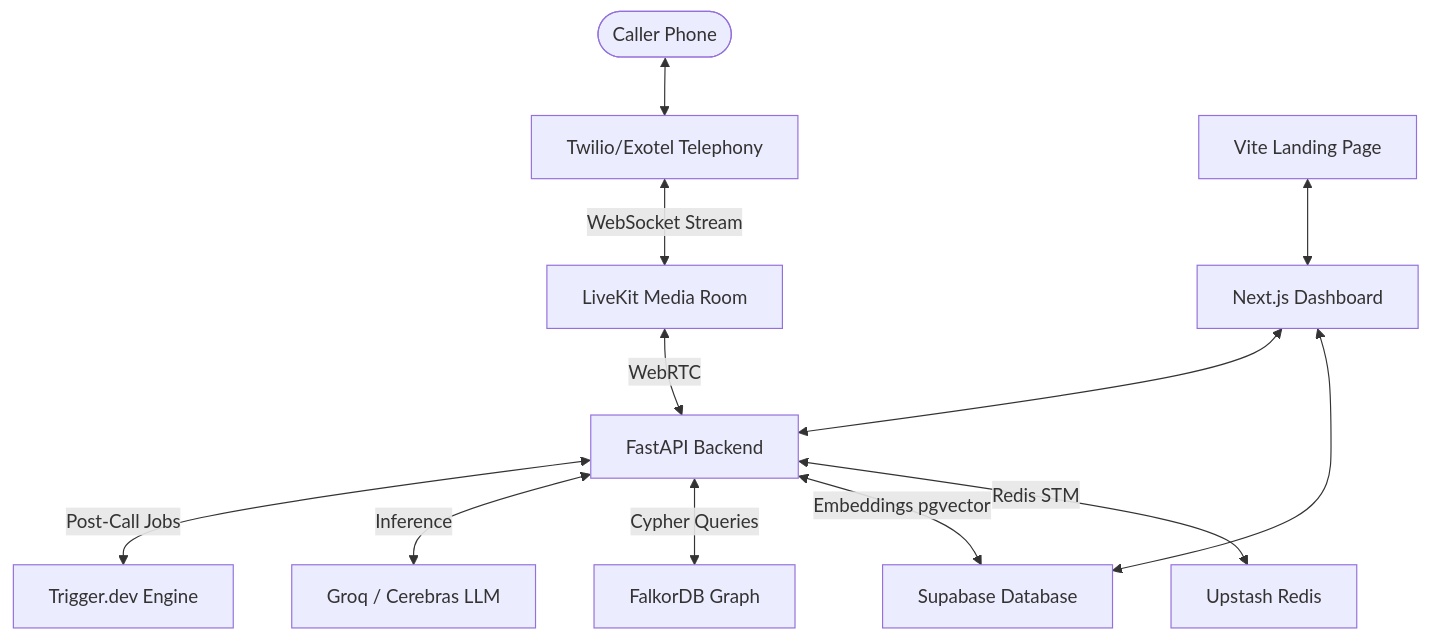
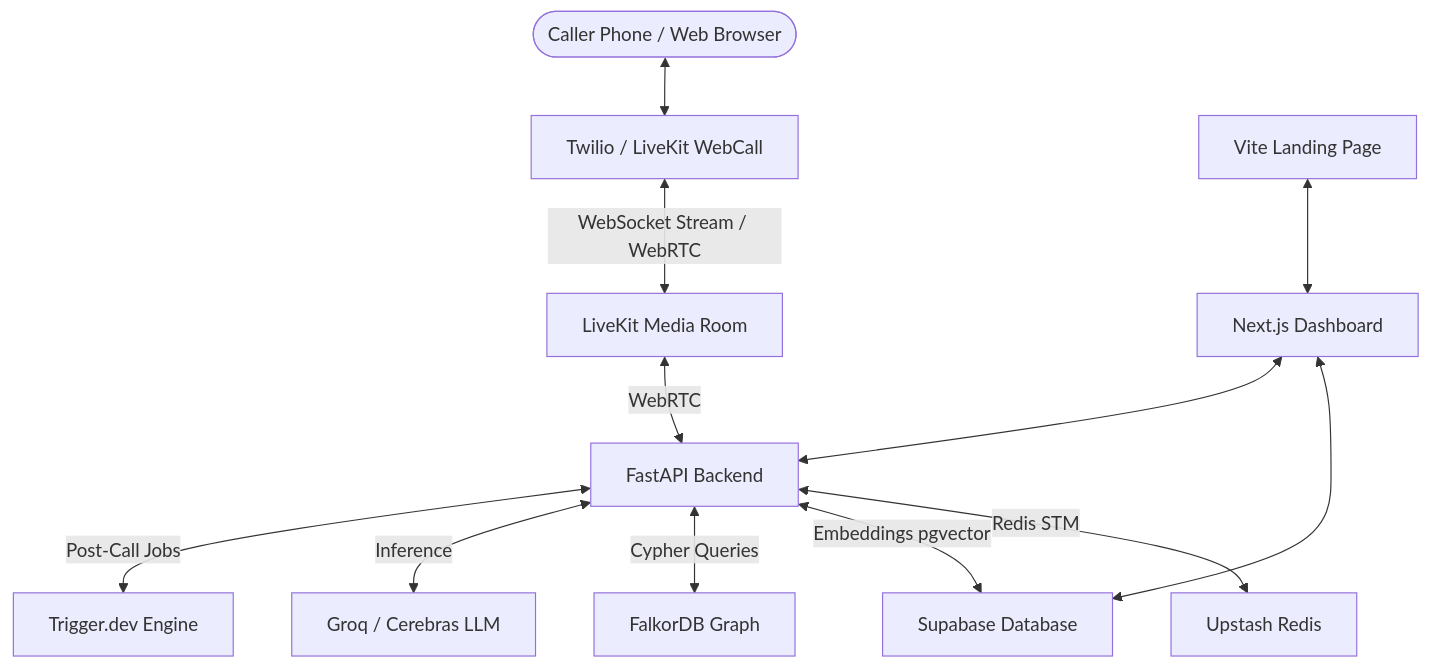
Before and after one commit to PriyanshuKr-2027/VOCALL---An-Voice-Calling-Agent: the diagram in README.md, drawn with Mermaid. The commit also changed other lines of this file, not shown here.

Commit message:
Update README with web call feature, test suite, and clean directory structure

````diff
--- a/README.md
+++ b/README.md
@@ -62,15 +63,15 @@
 ```mermaid
 graph TD
-    User([Caller Phone]) <--> Twilio[Twilio/Exotel Telephony]
-    Twilio <-->|WebSocket Stream| LiveKit[LiveKit Media Room]
+    User([Caller Phone / Web Browser]) <--> Twilio[Twilio / LiveKit WebCall]
+    Twilio <-->|WebSocket Stream / WebRTC| LiveKit[LiveKit Media Room]
     LiveKit <-->|WebRTC| FastAPI[FastAPI Backend]
     FastAPI <-->|Redis STM| Upstash[Upstash Redis]
     FastAPI <-->|Embeddings pgvector| Supabase[Supabase Database]
     FastAPI <-->|Cypher Queries| Falkor[FalkorDB Graph]
     FastAPI <-->|Inference| Groq[Groq / Cerebras LLM]
     FastAPI <-->|Post-Call Jobs| Trigger[Trigger.dev Engine]
     
     Dashboard[Next.js Dashboard] <--> Supabase
     Dashboard <--> FastAPI
     Landing[Vite Landing Page] <--> Dashboard
 ```
````
